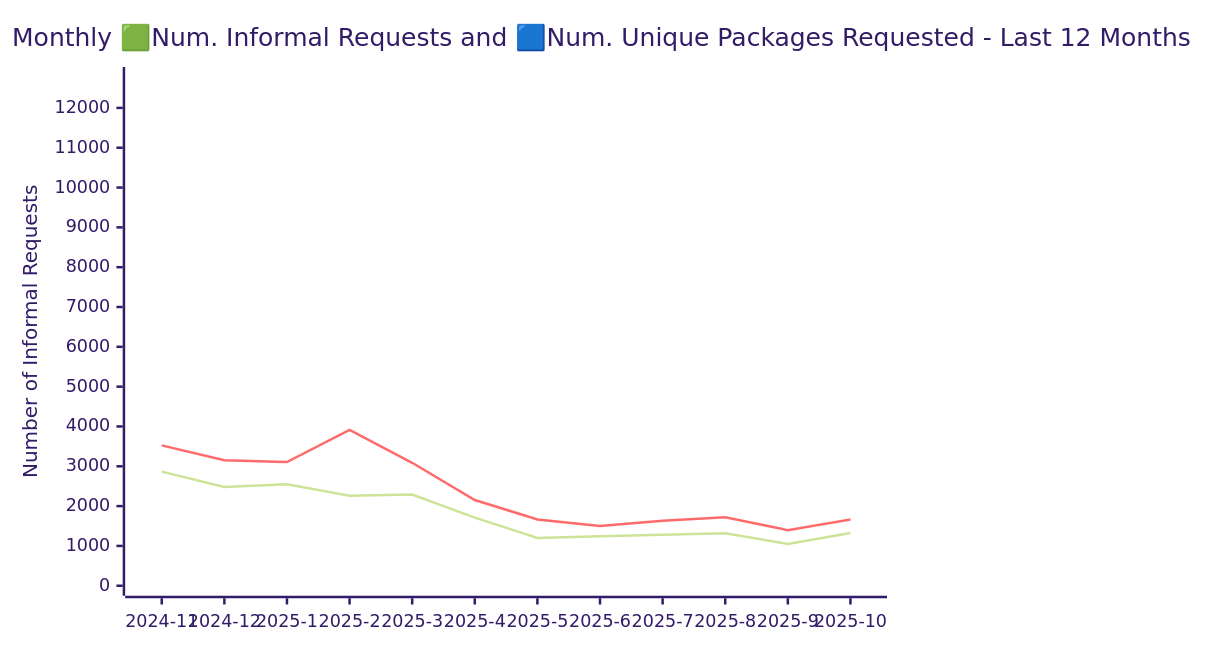
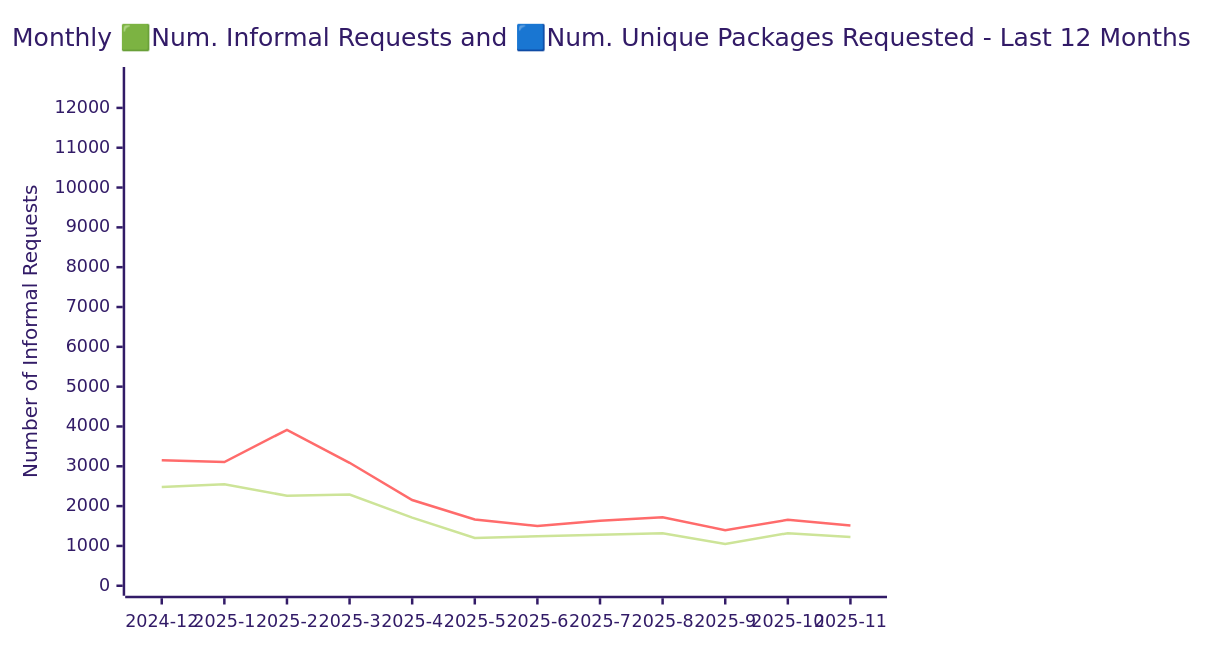
Before and after one commit to open-data/analytics-corporate-reporting: the diagram in ATI_INFORMAL_REPORT/readme.md, drawn with Mermaid (forest theme). The commit also changed other lines of this file and 5 other files, not shown here.

````diff
--- a/ATI_INFORMAL_REPORT/readme.md
+++ b/ATI_INFORMAL_REPORT/readme.md
@@ -17,11 +17,11 @@
 ```mermaid
 
 xychart-beta
     title "Monthly 🟩Num. Informal Requests and 🟦Num. Unique Packages Requested - Last 12 Months"
-    x-axis [2024-11, 2024-12, 2025-1, 2025-2, 2025-3, 2025-4, 2025-5, 2025-6, 2025-7, 2025-8, 2025-9, 2025-10]
+    x-axis [2024-12, 2025-1, 2025-2, 2025-3, 2025-4, 2025-5, 2025-6, 2025-7, 2025-8, 2025-9, 2025-10, 2025-11]
     y-axis "Unique Packages" 0 --> 10092
     y-axis "Number of Informal Requests" 0 --> 12776
 
-    line [2866, 2479, 2551, 2259, 2289, 1711, 1201, 1240, 1283, 1321, 1051, 1325]
-    line [3526, 3151, 3108, 3916, 3088, 2153, 1666, 1499, 1635, 1720, 1397, 1661]
+    line [2479, 2551, 2259, 2289, 1711, 1201, 1240, 1283, 1321, 1051, 1321, 1223]
+    line [3151, 3108, 3916, 3088, 2153, 1666, 1499, 1635, 1720, 1397, 1657, 1516]
 ```
````
